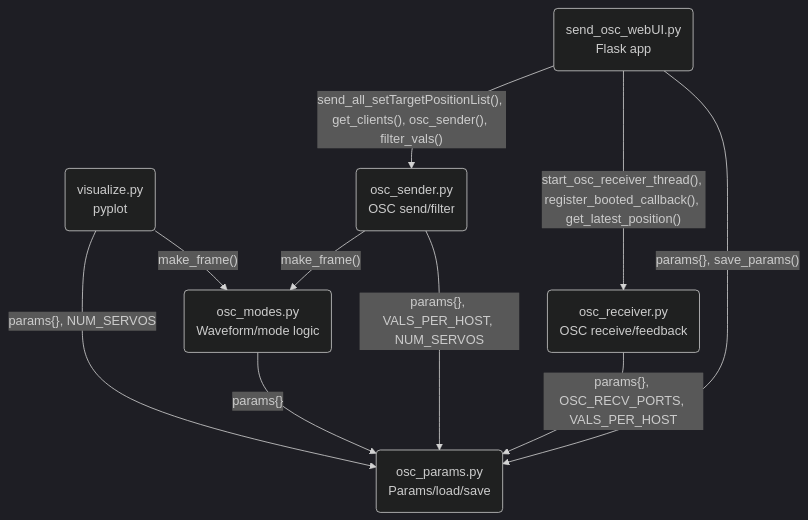
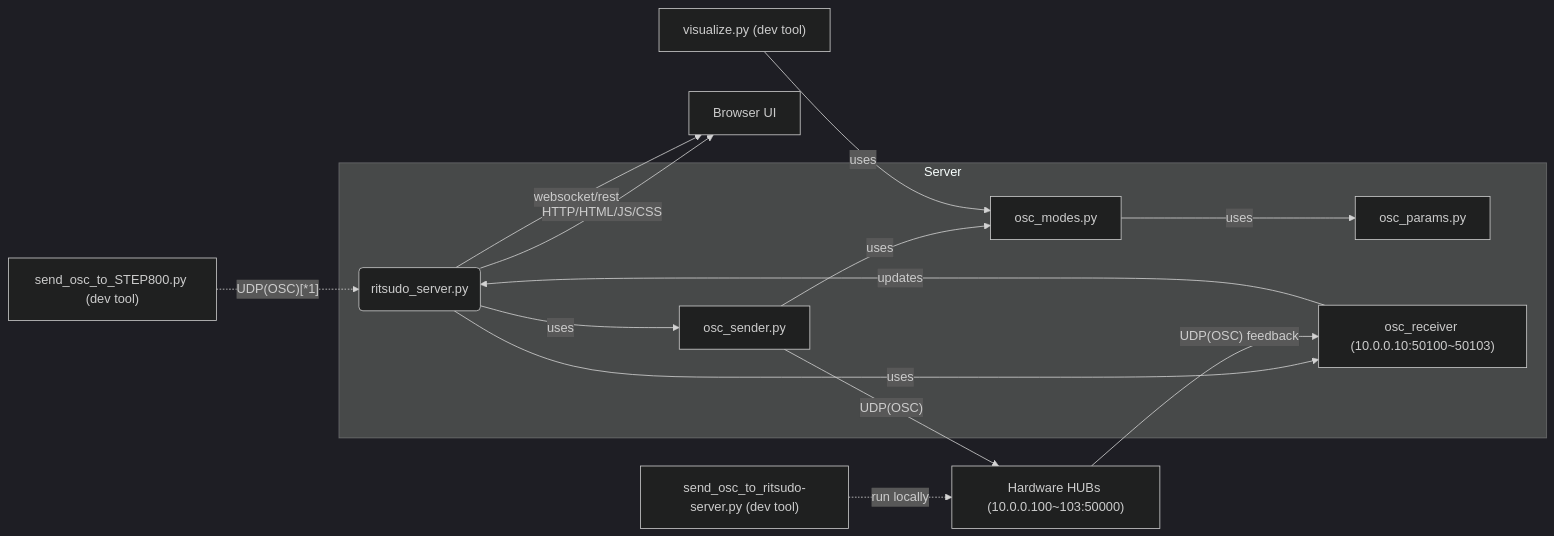
Before and after one commit to fumiya-nakano-DE/SDH_kfy25: the diagram in readme.md, drawn with Mermaid (dark theme). The commit also changed other lines of this file, not shown here.

````diff
--- a/readme.md
+++ b/readme.md
@@ -140,21 +112,21 @@
 ```mermaid
-graph TD
-    send_osc_webUI("send_osc_webUI.py<br/>Flask app")
-    visualizer("visualize.py<br/>pyplot")
-    visualizer  -- "params{}, NUM_SERVOS" --> osc_params
+graph LR
+    Browser[Browser UI]
+    Flask(ritsudo_server.py) -- HTTP/HTML/JS/CSS --> Browser
+    Flask -- websocket/rest --> Browser
 
-    osc_sender("osc_sender.py<br/>OSC send/filter")
-    osc_receiver("osc_receiver.py<br/>OSC receive/feedback")
-    osc_modes("osc_modes.py<br/>Waveform/mode logic")
-    osc_params("osc_params.py<br/>Params/load/save")
-    osc_sender -- "make_frame()" --> osc_modes
-    
-    send_osc_webUI -- "send_all_setTargetPositionList(), get_clients(), osc_sender(), filter_vals()" --> osc_sender
-    send_osc_webUI -- "start_osc_receiver_thread(), register_booted_callback(), get_latest_position()" --> osc_receiver
-    send_osc_webUI -- "params{}, save_params()" --> osc_params
+    subgraph Server
+      osc_modes -- uses --> osc_params[osc_params.py]
+      osc_sender -- uses --> osc_modes[osc_modes.py]
+      Flask -- uses --> osc_sender[osc_sender.py]
+      Flask -- uses --> osc_receiver[osc_receiver.py]
+    end
 
-    osc_sender -- "params{}, VALS_PER_HOST, NUM_SERVOS" --> osc_params
-    osc_modes -- "params{}" --> osc_params
-    osc_receiver -- "params{}, OSC_RECV_PORTS, VALS_PER_HOST" --> osc_params
-    visualizer  -- "make_frame()" --> osc_modes
+    osc_sender -- UDP(OSC) --> Hubs["Hardware HUBs (10.0.0.100~103:50000)"]
+    Hubs -- UDP(OSC) feedback --> osc_receiver
+    osc_receiver["osc_receiver (10.0.0.10:50100~50103)"] -- updates --> Flask
+
+    sendosc2board["send_osc_to_ritsudo-server.py (dev tool)"] -. run locally .-> Hubs
+    sendosc2server["send_osc_to_STEP800.py (dev tool)"] -. UDP(OSC)[*1] .-> Flask
+    visualizer["visualize.py (dev tool)"]-- uses --> osc_modes
 ```
````
